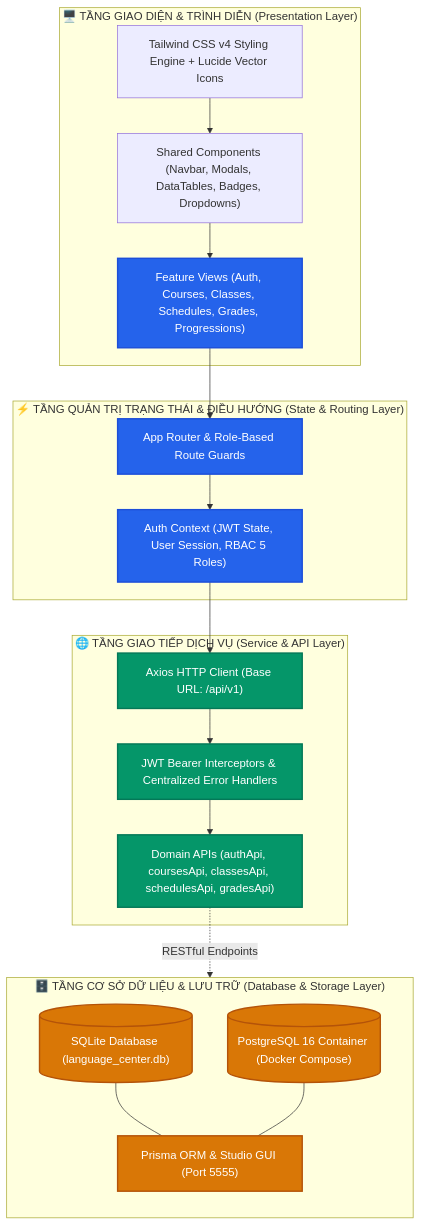
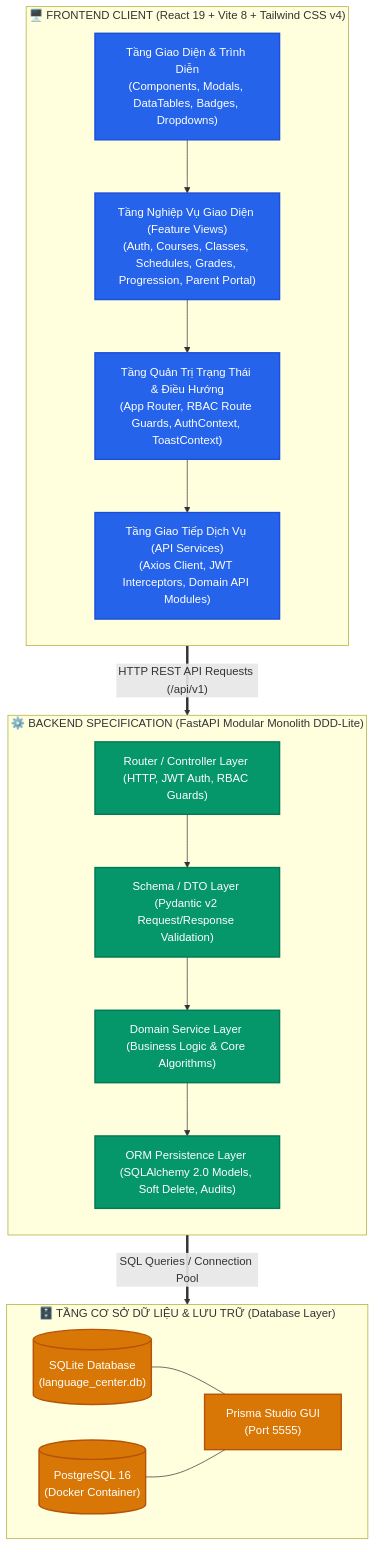
Before and after one commit to tenki1612/SMART-EDU-VER2: the diagram in README.md, drawn with Mermaid. The commit also changed other lines of this file, not shown here.

Commit message:
docs: enrich architecture section with in-depth Frontend, Backend, and Database specifications

````diff
--- a/README.md
+++ b/README.md
@@ -20,44 +22,45 @@
 ```mermaid
 flowchart TD
-    subgraph UI_Layer["🖥️ TẦNG GIAO DIỆN & TRÌNH DIỄN (Presentation Layer)"]
-        Components["Shared Components (Navbar, Modals, DataTables, Badges, Dropdowns)"]
-        Views["Feature Views (Auth, Courses, Classes, Schedules, Grades, Progressions)"]
-        Styling["Tailwind CSS v4 Styling Engine + Lucide Vector Icons"]
-        Components --> Views
-        Styling --> Components
+    subgraph Frontend_App["🖥️ FRONTEND CLIENT (React 19 + Vite 8 + Tailwind CSS v4)"]
+        direction TB
+        UI_Layer["Tầng Giao Diện & Trình Diễn<br/>(Components, Modals, DataTables, Badges, Dropdowns)"]
+        Views_Layer["Tầng Nghiệp Vụ Giao Diện (Feature Views)<br/>(Auth, Courses, Classes, Schedules, Grades, Progression, Parent Portal)"]
+        State_Layer["Tầng Quản Trị Trạng Thái & Điều Hướng<br/>(App Router, RBAC Route Guards, AuthContext, ToastContext)"]
+        Service_Layer["Tầng Giao Tiếp Dịch Vụ (API Services)<br/>(Axios Client, JWT Interceptors, Domain API Modules)"]
+
+        UI_Layer --> Views_Layer
+        Views_Layer --> State_Layer
+        State_Layer --> Service_Layer
     end
 
-    subgraph State_Layer["⚡ TẦNG QUẢN TRỊ TRẠNG THÁI & ĐIỀU HƯỚNG (State & Routing Layer)"]
-        Router["App Router & Role-Based Route Guards"]
-        AuthContext["Auth Context (JWT State, User Session, RBAC 5 Roles)"]
-        Views --> Router
-        Router --> AuthContext
+    subgraph Backend_App["⚙️ BACKEND SPECIFICATION (FastAPI Modular Monolith DDD-Lite)"]
+        direction TB
+        Router_Layer["Router / Controller Layer (HTTP, JWT Auth, RBAC Guards)"]
+        Schema_Layer["Schema / DTO Layer (Pydantic v2 Request/Response Validation)"]
+        Service_Domain["Domain Service Layer (Business Logic & Core Algorithms)"]
+        ORM_Models["ORM Persistence Layer (SQLAlchemy 2.0 Models, Soft Delete, Audits)"]
+
+        Router_Layer --> Schema_Layer
+        Schema_Layer --> Service_Domain
+        Service_Domain --> ORM_Models
     end
 
-    subgraph Service_Layer["🌐 TẦNG GIAO TIẾP DỊCH VỤ (Service & API Layer)"]
-        AxiosClient["Axios HTTP Client (Base URL: /api/v1)"]
-        Interceptors["JWT Bearer Interceptors & Centralized Error Handlers"]
-        APIModules["Domain APIs (authApi, coursesApi, classesApi, schedulesApi, gradesApi)"]
-        AuthContext --> AxiosClient
-        AxiosClient --> Interceptors
-        Interceptors --> APIModules
-    end
-
-    subgraph Database_Layer["🗄️ TẦNG CƠ SỞ DỮ LIỆU & LƯU TRỮ (Database & Storage Layer)"]
-        direction TB
-        SQLiteDB[("SQLite Database (language_center.db)")]
-        PostgresDB[("PostgreSQL 16 Container (Docker Compose)")]
-        PrismaStudio["Prisma ORM & Studio GUI (Port 5555)"]
+    subgraph Storage_Layer["🗄️ TẦNG CƠ SỞ DỮ LIỆU & LƯU TRỮ (Database Layer)"]
+        direction LR
+        SQLiteDB[("SQLite Database<br/>(language_center.db)")]
+        PostgresDB[("PostgreSQL 16<br/>(Docker Container)")]
+        PrismaStudio["Prisma Studio GUI<br/>(Port 5555)"]
         SQLiteDB --- PrismaStudio
         PostgresDB --- PrismaStudio
     end
 
-    APIModules -.->|"RESTful Endpoints"| Database_Layer
+    Service_Layer ==>|"HTTP REST API Requests (/api/v1)"| Router_Layer
+    ORM_Models ==>|"SQL Queries / Connection Pool"| Storage_Layer
 
-    classDef primary fill:#2563EB,stroke:#1D4ED8,stroke-width:2px,color:#fff;
-    classDef secondary fill:#059669,stroke:#047857,stroke-width:2px,color:#fff;
-    classDef storage fill:#D97706,stroke:#B45309,stroke-width:2px,color:#fff;
-    class Views,Router,AuthContext primary;
-    class AxiosClient,Interceptors,APIModules secondary;
-    class SQLiteDB,PostgresDB,PrismaStudio storage;
+    classDef fe fill:#2563EB,stroke:#1D4ED8,stroke-width:2px,color:#fff;
+    classDef be fill:#059669,stroke:#047857,stroke-width:2px,color:#fff;
+    classDef db fill:#D97706,stroke:#B45309,stroke-width:2px,color:#fff;
+    class UI_Layer,Views_Layer,State_Layer,Service_Layer fe;
+    class Router_Layer,Schema_Layer,Service_Domain,ORM_Models be;
+    class SQLiteDB,PostgresDB,PrismaStudio db;
 ```
````
